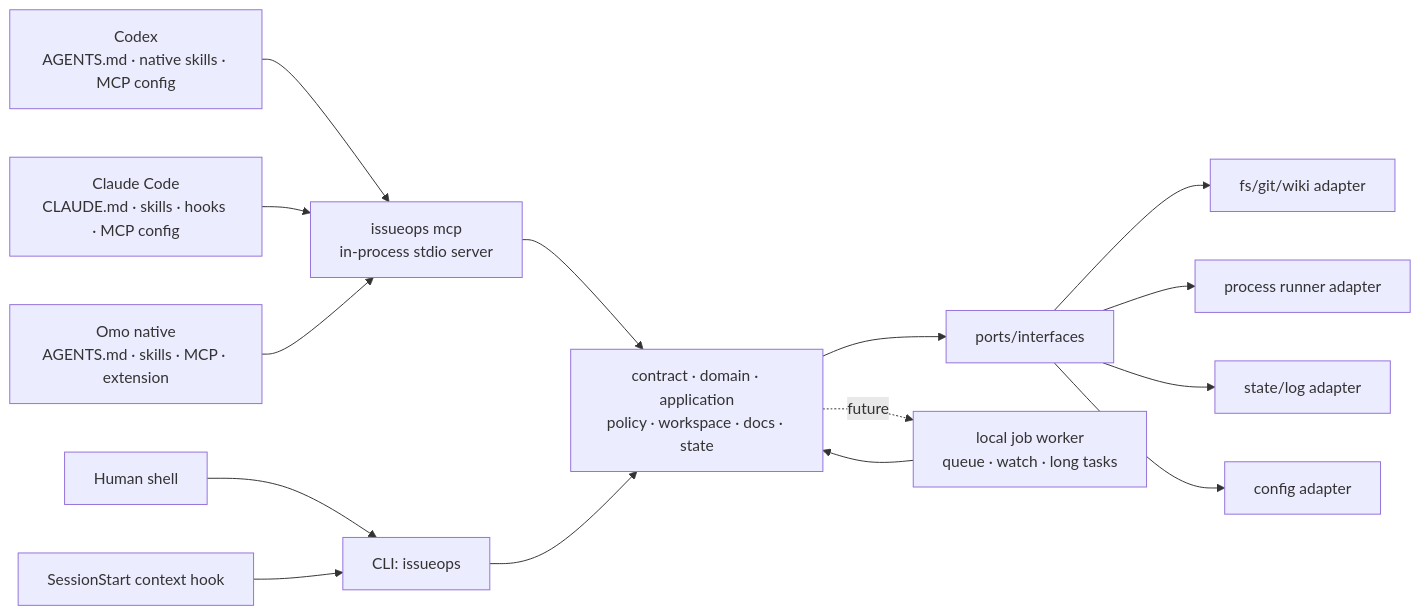
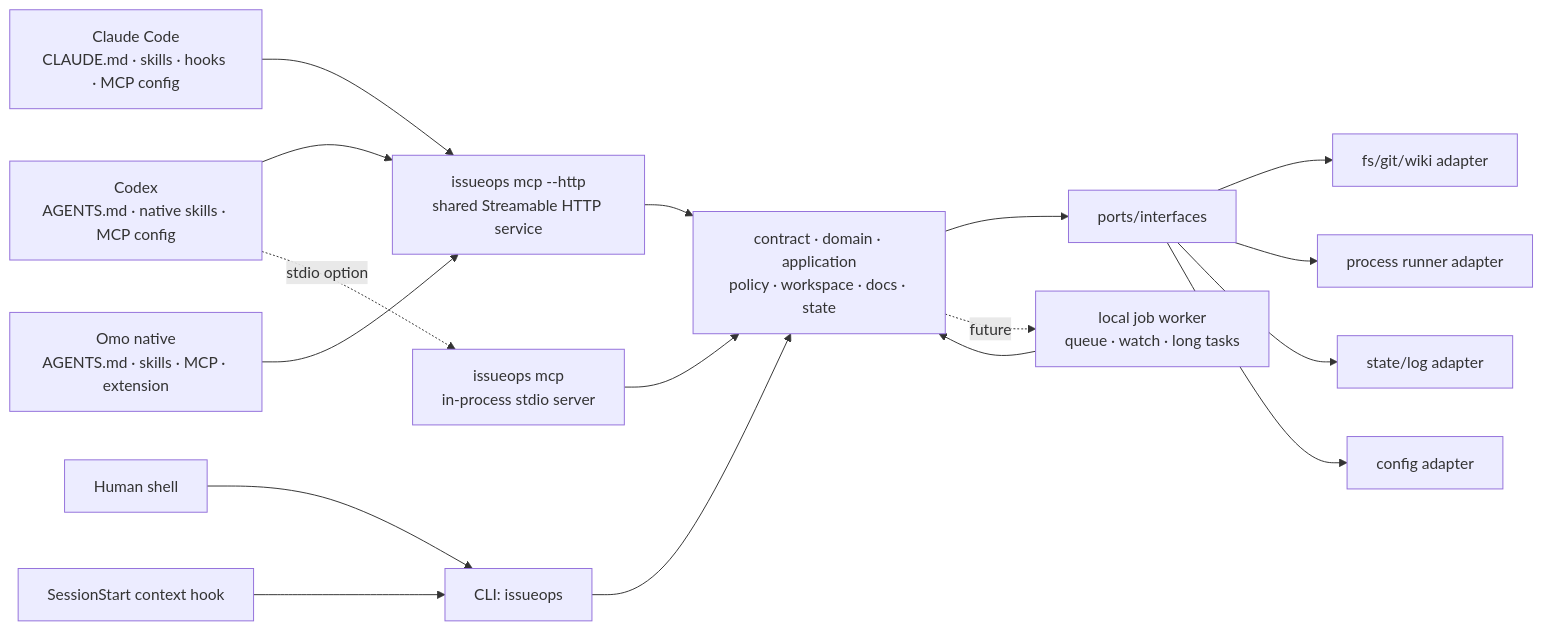
One commit to m16khb-org/issueops changed the diagram in .issueops/architecture/hexagonal-core.md. Above: the diagram before and after it, drawn with Mermaid. The commit also changed other lines of this file and 17 other files, not shown here.

First line of the commit message:
docs(issueops): record shared HTTP MCP decisions and cautions

````diff
--- a/.issueops/architecture/hexagonal-core.md
+++ b/.issueops/architecture/hexagonal-core.md
@@ -22,19 +22,21 @@
 ```mermaid
 flowchart LR
-    Codex["Codex<br/>AGENTS.md · native skills · MCP config"] --> MCP["issueops mcp<br/>in-process stdio server"]
+    Codex["Codex<br/>AGENTS.md · native skills · MCP config"] --> MCP["issueops mcp --http<br/>shared Streamable HTTP service"]
     Claude["Claude Code<br/>CLAUDE.md · skills · hooks · MCP config"] --> MCP
     Omo["Omo native<br/>AGENTS.md · skills · MCP · extension"] --> MCP
+    Codex -. stdio option .-> Stdio["issueops mcp<br/>in-process stdio server"]
     Human["Human shell"] --> CLI["CLI: issueops"]
     Hook["SessionStart context hook"] --> CLI
 
-    MCP --> Core["contract · domain · application<br/>policy · workspace · docs · state"]
+    MCP --> Core
+    Stdio --> Core["contract · domain · application<br/>policy · workspace · docs · state"]
     CLI --> Core
     Core --> Ports["ports/interfaces"]
     Ports --> FS["fs/git/wiki adapter"]
     Ports --> Proc["process runner adapter"]
     Ports --> State["state/log adapter"]
     Ports --> Config["config adapter"]
 
     Core -. future .-> Worker["local job worker<br/>queue · watch · long tasks"]
     Worker --> Core
 ```
````
